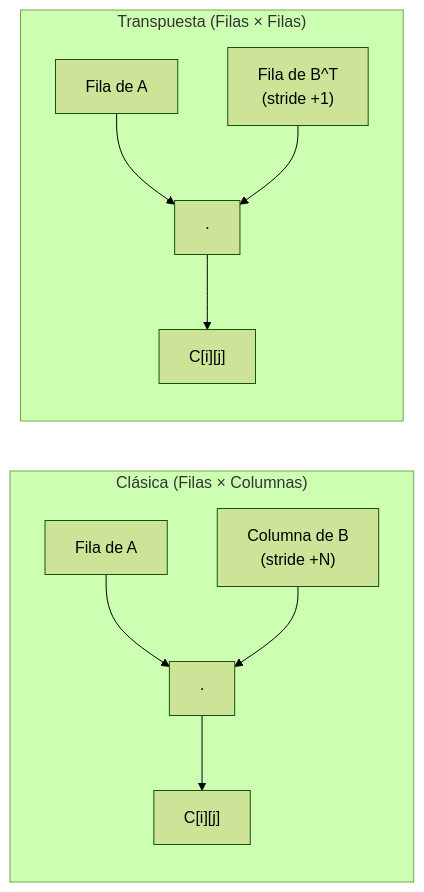
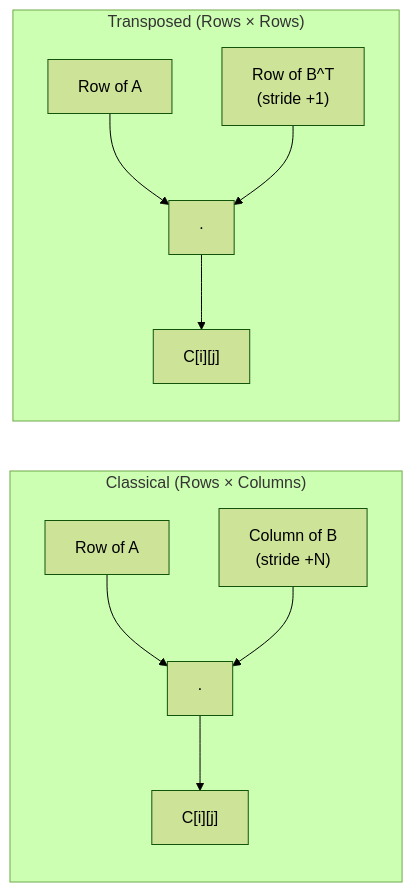
The second of 3 diagrams in MPI&OpenMP-PerformanceStudy/README.md (CarefreeHarp/DistributedSystems), drawn with Mermaid (forest theme) before and after one commit. The commit also changed other lines of this file and 3 other files, not shown here.

````diff
--- a/MPI&OpenMP-PerformanceStudy/README.md
+++ b/MPI&OpenMP-PerformanceStudy/README.md
@@ -40,13 +40,13 @@
 ```mermaid
 graph LR
-    subgraph FxC["Clásica (Filas × Columnas)"]
-        A1["Fila de A"] --> Dot1["·"]
-        B1["Columna de B\n(stride +N)"] --> Dot1
+    subgraph FxC["Classical (Rows × Columns)"]
+        A1["Row of A"] --> Dot1["·"]
+        B1["Column of B\n(stride +N)"] --> Dot1
         Dot1 --> C1["C[i][j]"]
     end
-    subgraph FxT["Transpuesta (Filas × Filas)"]
-        A2["Fila de A"] --> Dot2["·"]
-        BT["Fila de B^T\n(stride +1)"] --> Dot2
+    subgraph FxT["Transposed (Rows × Rows)"]
+        A2["Row of A"] --> Dot2["·"]
+        BT["Row of B^T\n(stride +1)"] --> Dot2
         Dot2 --> C2["C[i][j]"]
     end
 ```
````
